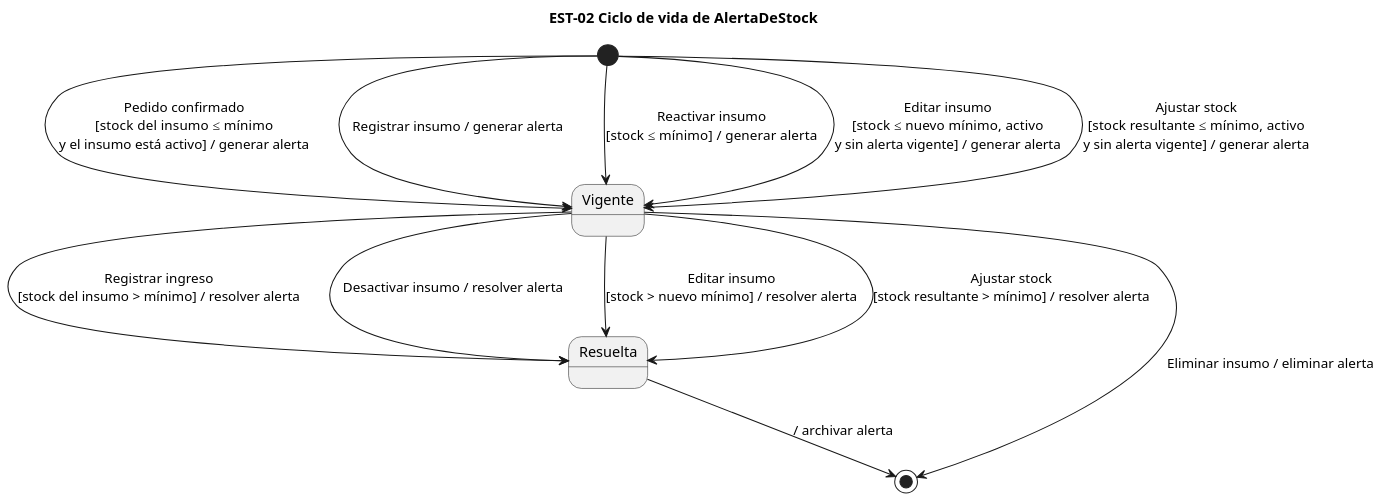
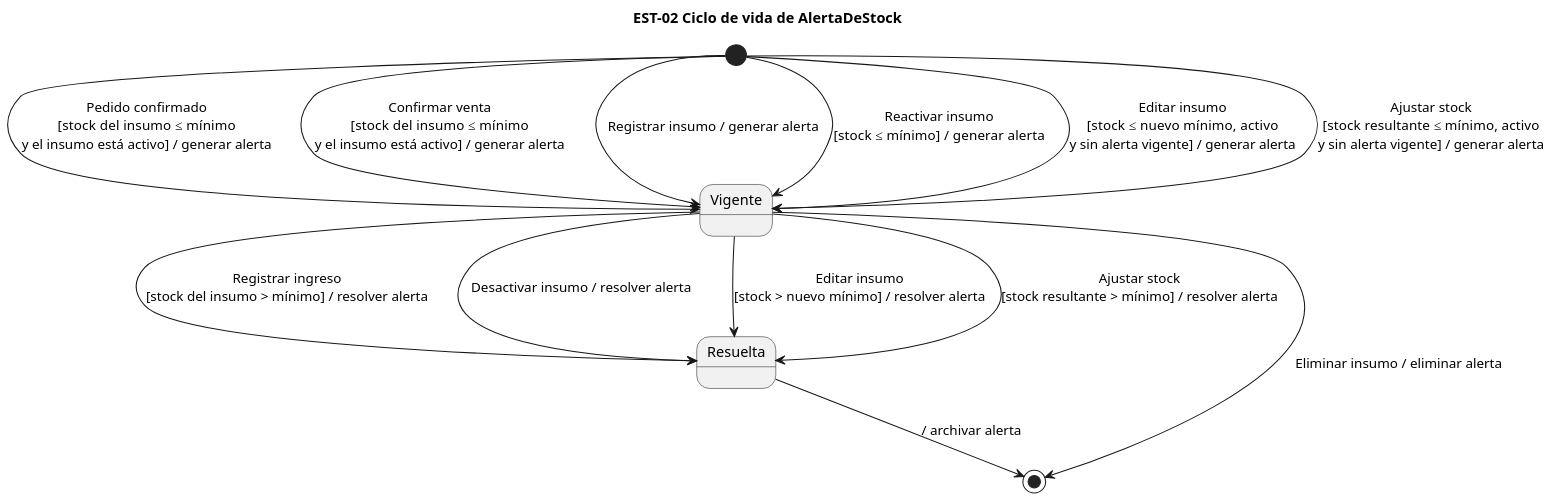
One commit to lambtto/Gestor-Inventario-Brookie changed the diagram in diagramas/est-02.puml. Above: the diagram before and after it, drawn with PlantUML. The commit also changed 1 other file, not shown here.

Commit message:
Eval2: EST-02 con el evento Confirmar venta

```diff
--- a/diagramas/est-02.puml
+++ b/diagramas/est-02.puml
@@ -1,18 +1,19 @@
 @startuml est-02
 title EST-02 Ciclo de vida de AlertaDeStock
 skinparam dpi 140
 state "Vigente" as Vig
 state "Resuelta" as Res
 
 [*] --> Vig : Pedido confirmado\n[stock del insumo ≤ mínimo\ny el insumo está activo] / generar alerta
+[*] --> Vig : Confirmar venta\n[stock del insumo ≤ mínimo\ny el insumo está activo] / generar alerta
 [*] --> Vig : Registrar insumo / generar alerta
 [*] --> Vig : Reactivar insumo\n[stock ≤ mínimo] / generar alerta
 [*] --> Vig : Editar insumo\n[stock ≤ nuevo mínimo, activo\ny sin alerta vigente] / generar alerta
 [*] --> Vig : Ajustar stock\n[stock resultante ≤ mínimo, activo\ny sin alerta vigente] / generar alerta
 Vig --> Res : Registrar ingreso\n[stock del insumo > mínimo] / resolver alerta
 Vig --> Res : Desactivar insumo / resolver alerta
 Vig --> Res : Editar insumo\n[stock > nuevo mínimo] / resolver alerta
 Vig --> Res : Ajustar stock\n[stock resultante > mínimo] / resolver alerta
 Vig --> [*] : Eliminar insumo / eliminar alerta
 Res --> [*] : / archivar alerta
 @enduml
```
